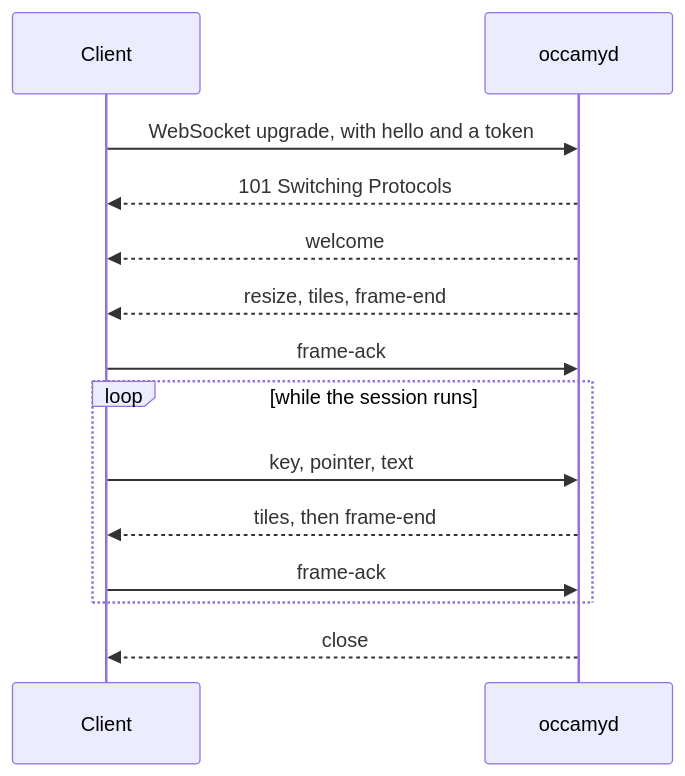
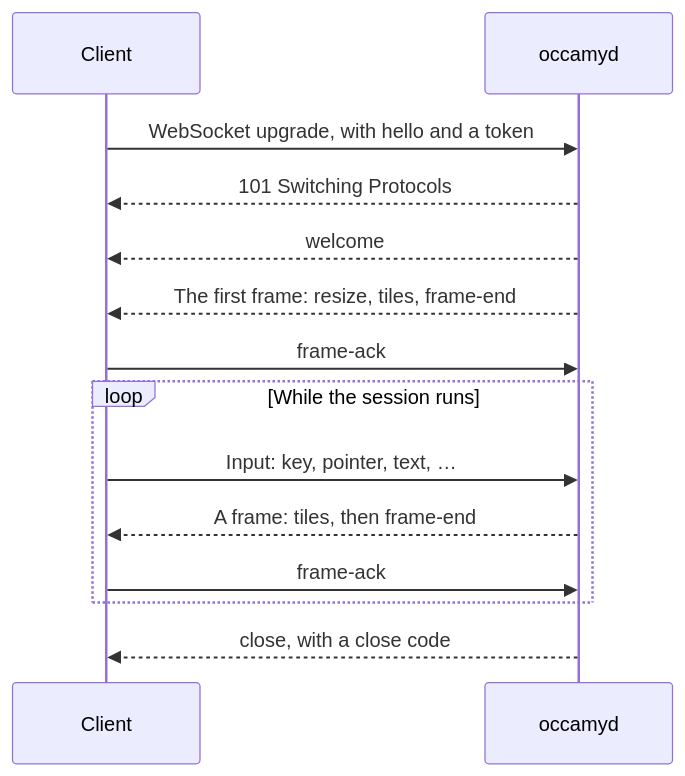
Before and after one commit to changkun/occamy: the first of 3 diagrams in docs/protocol.md, drawn with Mermaid. The commit also changed other lines of this file and 11 other files, not shown here.

````diff
--- a/docs/protocol.md
+++ b/docs/protocol.md
@@ -14,16 +16,16 @@
 ```mermaid
 sequenceDiagram
   participant C as Client
   participant O as occamyd
   C->>O: WebSocket upgrade, with hello and a token
   O-->>C: 101 Switching Protocols
   O-->>C: welcome
-  O-->>C: resize, tiles, frame-end
+  O-->>C: The first frame: resize, tiles, frame-end
   C->>O: frame-ack
-  loop while the session runs
-    C->>O: key, pointer, text
-    O-->>C: tiles, then frame-end
+  loop While the session runs
+    C->>O: Input: key, pointer, text, …
+    O-->>C: A frame: tiles, then frame-end
     C->>O: frame-ack
   end
-  O-->>C: close
+  O-->>C: close, with a close code
 ```
````
